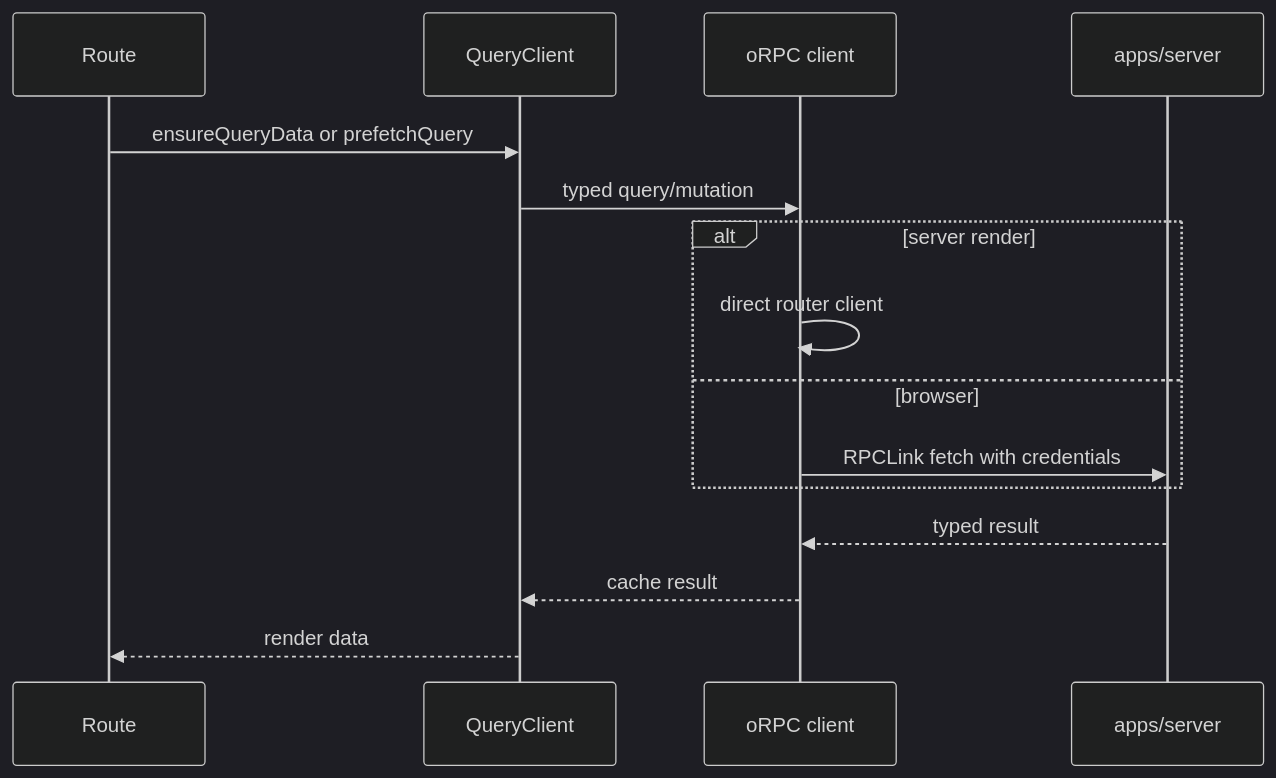
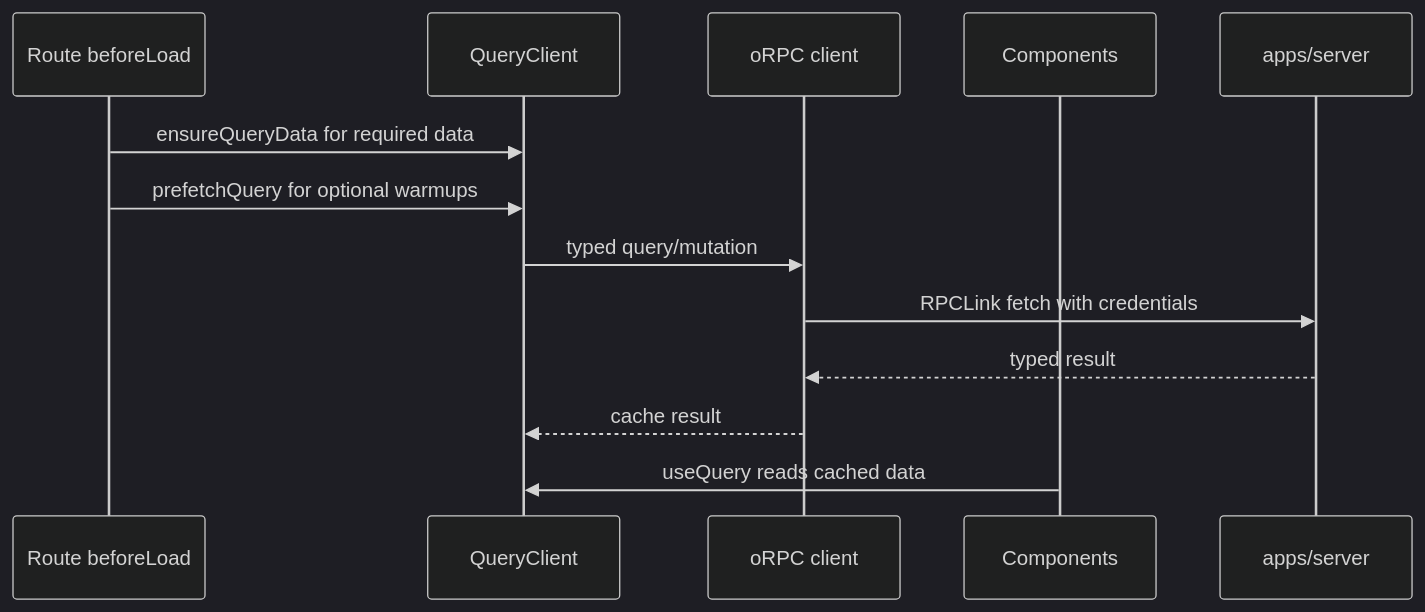
The second of 2 diagrams in apps/web/README.md (isherbuilds/edernal-books), drawn with Mermaid (dark theme) before and after one commit. The commit also changed other lines of this file and 129 other files, not shown here.

````diff
--- a/apps/web/README.md
+++ b/apps/web/README.md
@@ -38,18 +44,16 @@
 ```mermaid
 sequenceDiagram
-  participant R as Route
+  participant R as Route beforeLoad
   participant Q as QueryClient
   participant C as oRPC client
+  participant UI as Components
   participant S as apps/server
 
-  R->>Q: ensureQueryData or prefetchQuery
+  R->>Q: ensureQueryData for required data
+  R->>Q: prefetchQuery for optional warmups
   Q->>C: typed query/mutation
-  alt server render
-    C->>C: direct router client
-  else browser
-    C->>S: RPCLink fetch with credentials
-  end
+  C->>S: RPCLink fetch with credentials
   S-->>C: typed result
   C-->>Q: cache result
-  Q-->>R: render data
+  UI->>Q: useQuery reads cached data
 ```
````
